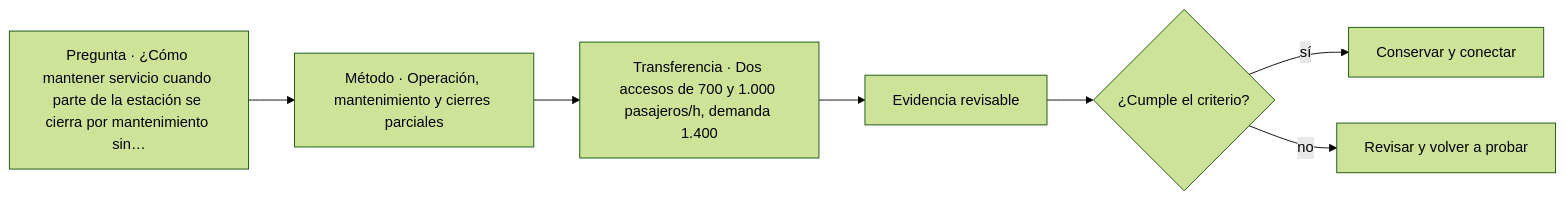
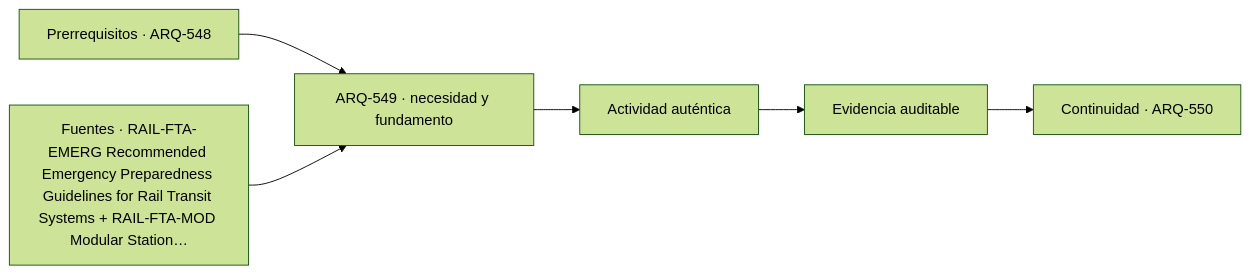
One commit to vladimiracunadev-create/architecture-built-environment-learning-program changed the diagram in classes/parte-55/ARQ-549.md. Above: the diagram before and after it, drawn with Mermaid (forest theme). The commit also changed other lines of this file and 761 other files, not shown here.

````diff
--- a/classes/parte-55/ARQ-549.md
+++ b/classes/parte-55/ARQ-549.md
@@ -95,9 +107,8 @@
 ```mermaid
 flowchart LR
-    Q["Pregunta · ¿Cómo mantener servicio cuando parte de la estación se cierra por mantenimiento sin…"] --> M["Método · Operación, mantenimiento y cierres parciales"]
-    M --> P["Transferencia · Dos accesos de 700 y 1.000 pasajeros/h, demanda 1.400"]
-    P --> E["Evidencia revisable"]
-    E --> C{"¿Cumple el criterio?"}
-    C -->|sí| T["Conservar y conectar"]
-    C -->|no| R["Revisar y volver a probar"]
+    A["Prerrequisitos · ARQ-548"] --> B["ARQ-549 · necesidad y fundamento"]
+    S["Fuentes · RAIL-FTA-EMERG Recommended Emergency Preparedness Guidelines for Rail Transit Systems + RAIL-FTA-MOD Modular Station…"] --> B
+    B --> C["Actividad auténtica"]
+    C --> D["Evidencia auditable"]
+    D --> E["Continuidad · ARQ-550"]
 ```
````
